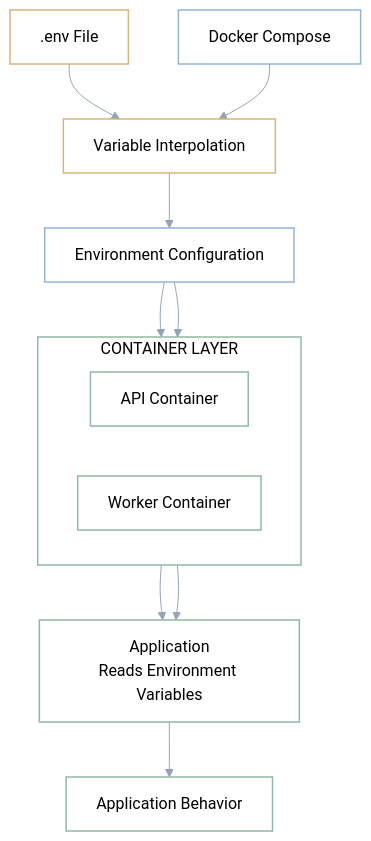
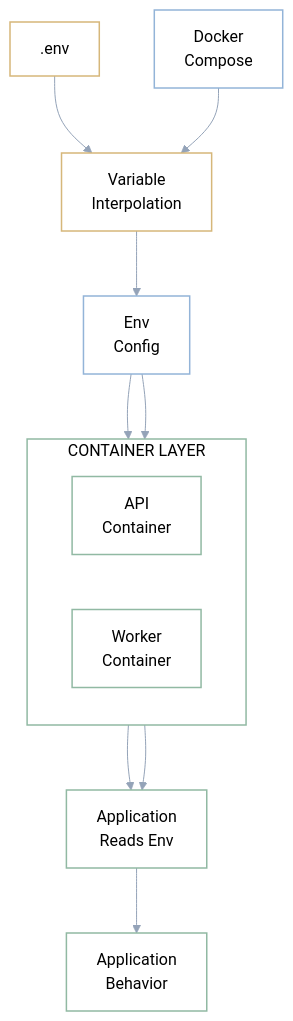
One commit to TranKiet146/docflow_SOA_Seminar changed the fourth of 4 diagrams in README.md. Above: the diagram before and after it, drawn with Mermaid.

Commit message:
add env diagram

````diff
--- a/README.md
+++ b/README.md
@@ -511,36 +511,36 @@
 ```mermaid
-%%{init: {"theme": "base", "themeVariables": {"background": "#FFFFFF", "fontFamily": "Arial", "fontSize": "16px", "lineColor": "#94A3B8"}, "flowchart": {"htmlLabels": true, "nodeSpacing": 50, "rankSpacing": 55, "useMaxWidth": true}}}%%
+%%{init: {"theme": "base", "themeVariables": {"background": "#FFFFFF", "fontFamily": "Arial", "fontSize": "16px", "lineColor": "#94A3B8"}, "flowchart": {"htmlLabels": true, "nodeSpacing": 55, "rankSpacing": 65, "useMaxWidth": true}}}%%
 flowchart TB
-    A[".env File"]
-    B["Docker Compose"]
-    C["Variable Interpolation"]
-    D["Environment Configuration"]
+    A[".env"]
+    B["Docker<br/>Compose"]
+    C["Variable<br/>Interpolation"]
+    D["Env<br/>Config"]
 
     subgraph CL["CONTAINER LAYER"]
         direction LR
-        E["API Container"]
-        F["Worker Container"]
+        E["API<br/>Container"]
+        F["Worker<br/>Container"]
     end
 
-    G["Application<br/>Reads Environment Variables"]
-    H["Application Behavior"]
+    G["Application<br/>Reads Env"]
+    H["Application<br/>Behavior"]
 
     A --> C
     B --> C
     C --> D
     D --> E
     D --> F
     E --> G
     F --> G
     G --> H
 
     classDef config fill:#FFFFFF,stroke:#D6B77A,stroke-width:1.5px,color:#000000
     classDef compose fill:#FFFFFF,stroke:#93B4D8,stroke-width:1.5px,color:#000000
     classDef container fill:#FFFFFF,stroke:#91B9A3,stroke-width:1.5px,color:#000000
 
     class A,C config
     class B,D compose
     class E,F,G,H container
 
     style CL fill:#FFFFFF,stroke:#91B9A3,stroke-width:1.5px,color:#000000
 ```
````
